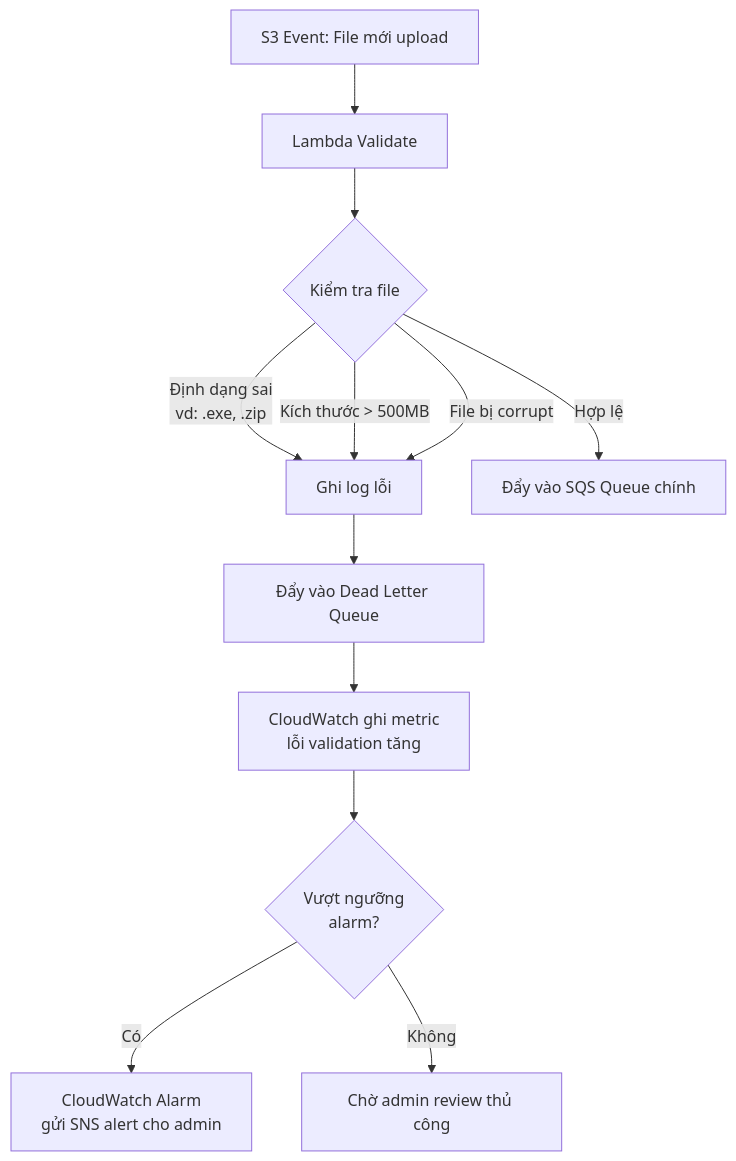
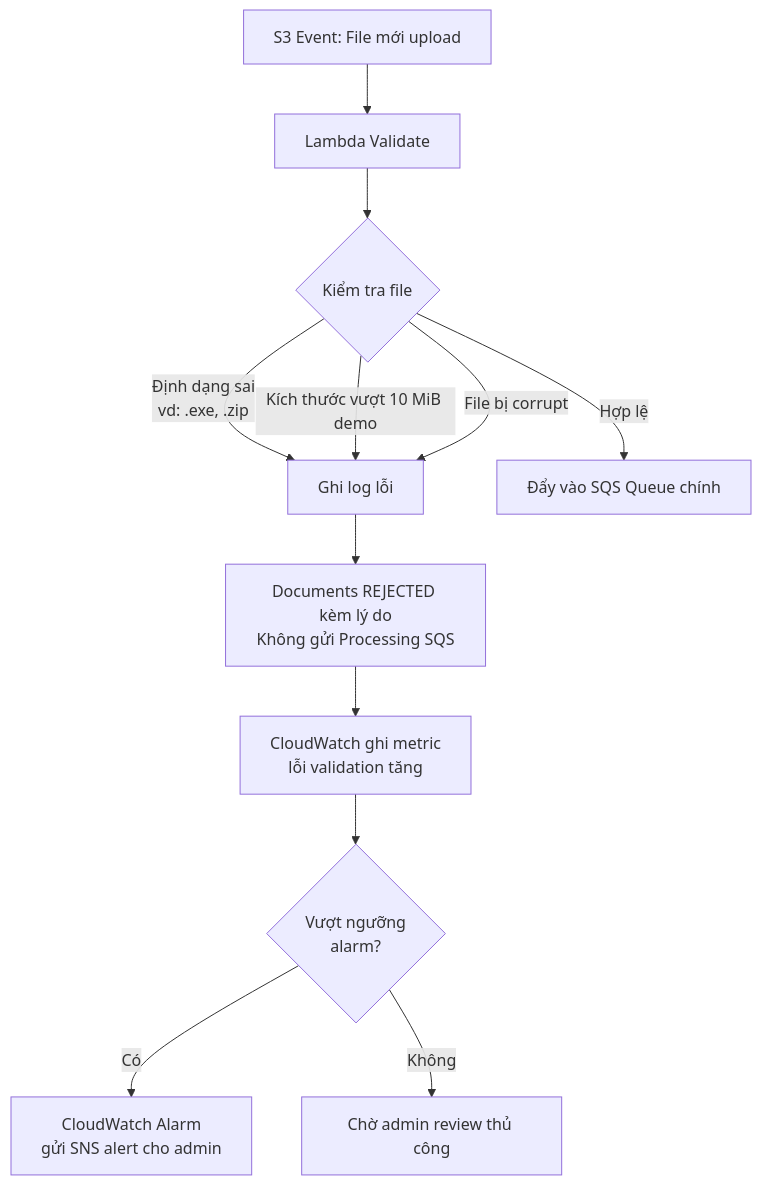
The first of 3 diagrams in docs/flows/error-handling-flow.md (quanpt090706/idp-aws-pipeline), drawn with Mermaid before and after one commit. The commit also changed other lines of this file and 59 other files, not shown here.

````diff
--- a/docs/flows/error-handling-flow.md
+++ b/docs/flows/error-handling-flow.md
@@ -13,16 +13,16 @@
 ```mermaid
 flowchart TD
     A[S3 Event: File mới upload] --> B[Lambda Validate]
     B --> C{Kiểm tra file}
 
     C -->|Định dạng sai\nvd: .exe, .zip| D[Ghi log lỗi]
-    C -->|Kích thước > 500MB| D
+    C -->|Kích thước vượt 10 MiB demo| D
     C -->|File bị corrupt| D
     C -->|Hợp lệ| E[Đẩy vào SQS Queue chính]
 
-    D --> F[Đẩy vào Dead Letter Queue]
+    D --> F[Documents REJECTED kèm lý do\nKhông gửi Processing SQS]
     F --> G[CloudWatch ghi metric\nlỗi validation tăng]
     G --> H{Vượt ngưỡng\nalarm?}
     H -->|Có| I[CloudWatch Alarm\ngửi SNS alert cho admin]
     H -->|Không| J[Chờ admin review thủ công]
 ```
````
